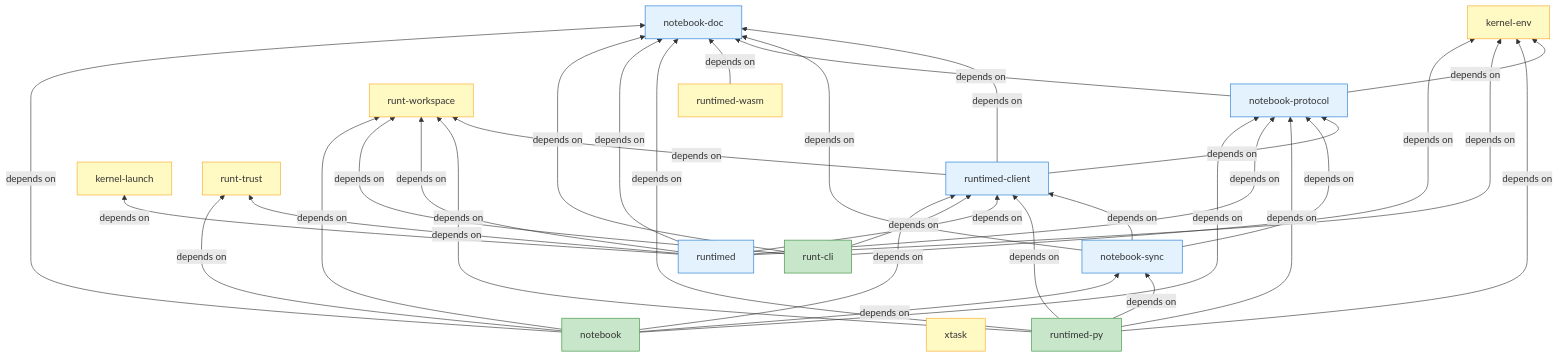
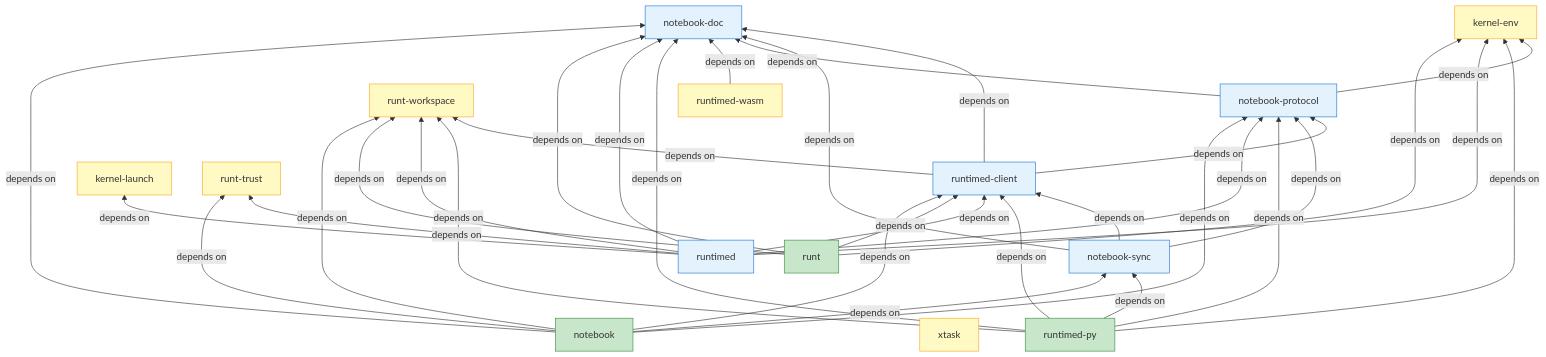
The third of 3 diagrams in contributing/build-dependencies.md (nteract/desktop), drawn with Mermaid before and after one commit. The commit also changed other lines of this file and 18 other files, not shown here.

First line of the commit message:
refactor: rename runt-cli package to runt

````diff
--- a/contributing/build-dependencies.md
+++ b/contributing/build-dependencies.md
@@ -92,59 +92,59 @@
 ```mermaid
 graph BT
     RD["runtimed"]
     RTC["runtimed-client"]
-    RC["runt-cli"]
+    RC["runt"]
     NB["notebook"]
     ND["notebook-doc"]
     NP["notebook-protocol"]
     NS["notebook-sync"]
     XT["xtask"]
     KL["kernel-launch"]
     KE["kernel-env"]
     RT["runt-trust"]
     RW["runt-workspace"]
     RDPY["runtimed-py"]
     RWASM["runtimed-wasm"]
 
     NB -->|"depends on"| RTC
     NB -->|"depends on"| ND
     NB -->|"depends on"| NP
     NB -->|"depends on"| NS
     NB -->|"depends on"| RT
     NB -->|"depends on"| RW
     RC -->|"depends on"| RTC
     RC -->|"depends on"| ND
     RC -->|"depends on"| RW
     RC -->|"depends on"| KE
     RD -->|"depends on"| ND
     RD -->|"depends on"| NP
     RD -->|"depends on"| RTC
     RD -->|"depends on"| KL
     RD -->|"depends on"| KE
     RD -->|"depends on"| RT
     RD -->|"depends on"| RW
     RDPY -->|"depends on"| RTC
     RDPY -->|"depends on"| ND
     RDPY -->|"depends on"| NP
     RDPY -->|"depends on"| NS
     RDPY -->|"depends on"| RW
     RDPY -->|"depends on"| KE
     RWASM -->|"depends on"| ND
     NP -->|"depends on"| ND
     NP -->|"depends on"| KE
     NS -->|"depends on"| ND
     NS -->|"depends on"| NP
     NS -->|"depends on"| RTC
     RTC -->|"depends on"| ND
     RTC -->|"depends on"| NP
     RTC -->|"depends on"| RW
 
     classDef standalone fill:#fff9c4,stroke:#f9a825
     classDef leaf fill:#c8e6c9,stroke:#388e3c
     classDef shared fill:#e3f2fd,stroke:#1976d2
 
     class KL,KE,RT,RW,RWASM standalone
     class XT standalone
     class NB,RC,RDPY leaf
     class RD,RTC,ND,NP,NS shared
 ```
````
